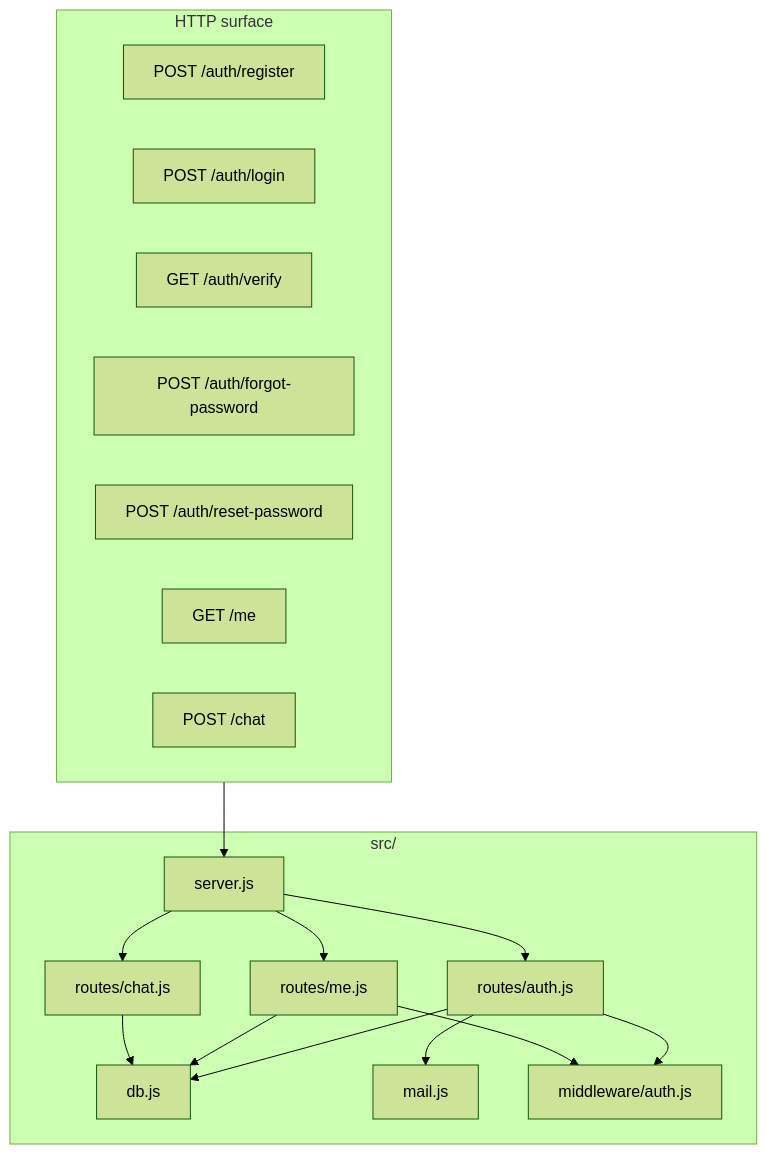
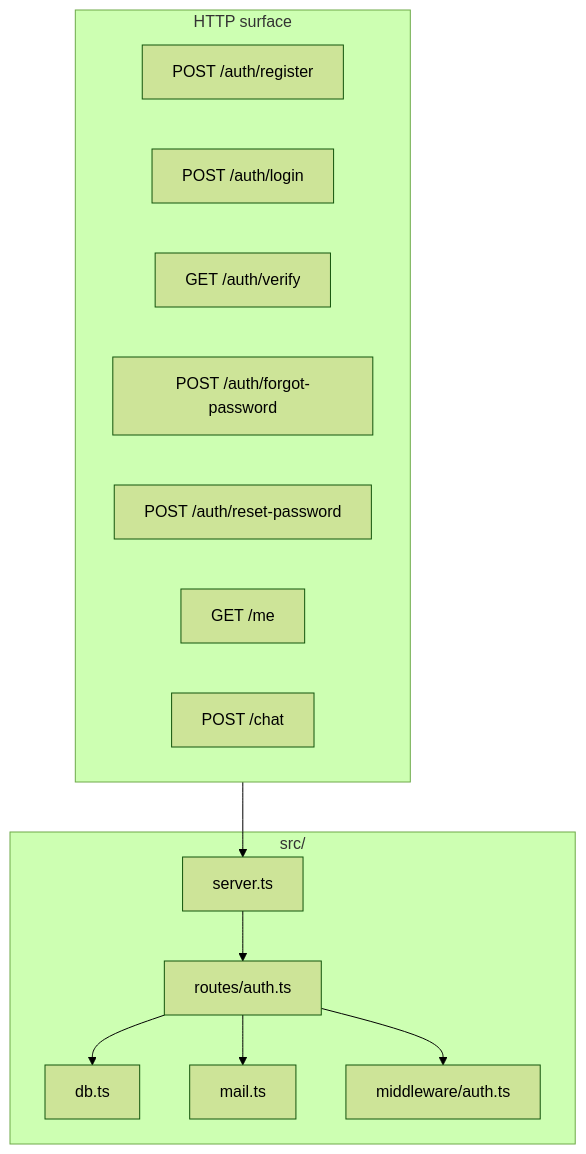
The diagram in content/tracks/backend-from-zero/lessons/03-our-architecture.md (sreecharan-desu/hackx-slides), drawn with Mermaid (forest theme) before and after one commit. The commit also changed other lines of this file and 38 other files, not shown here.

````diff
--- a/content/tracks/backend-from-zero/lessons/03-our-architecture.md
+++ b/content/tracks/backend-from-zero/lessons/03-our-architecture.md
@@ -8,28 +10,26 @@
 ```mermaid
 flowchart TB
   subgraph routes [HTTP surface]
     R1[POST /auth/register]
     R2[POST /auth/login]
     R3[GET /auth/verify]
     R4[POST /auth/forgot-password]
     R5[POST /auth/reset-password]
     R6[GET /me]
     R7[POST /chat]
   end
 
   subgraph src [src/]
-    S[server.js]
-    DB[db.js]
-    M[mail.js]
-    A[middleware/auth.js]
-    RA[routes/auth.js]
-    RM[routes/me.js]
-    RC[routes/chat.js]
+    S[server.ts]
+    DB[db.ts]
+    M[mail.ts]
+    A[middleware/auth.ts]
+    RA[routes/auth.ts]
   end
 
   routes --> S
-  S --> RA & RM & RC
-  RA & RM --> A
-  RA & RM & RC --> DB
+  S --> RA
+  RA --> A
+  RA --> DB
   RA --> M
 ```
````
